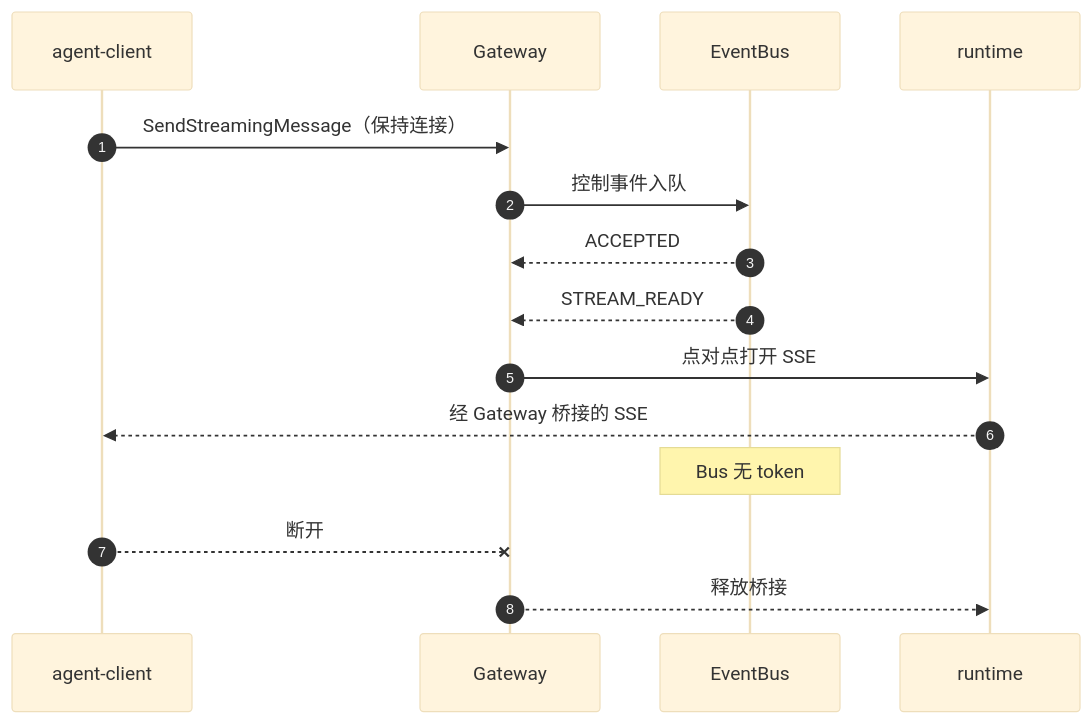
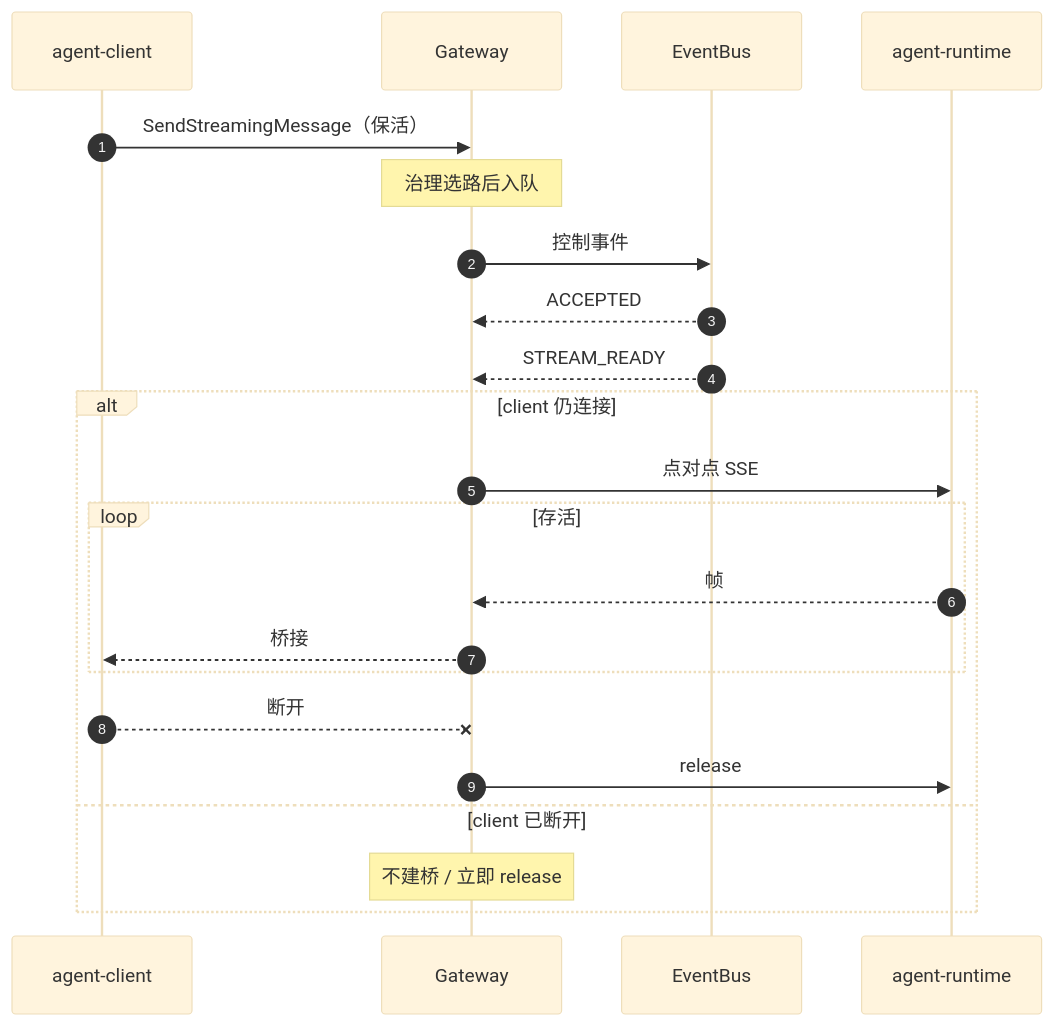
Before and after one commit to chaosxingxc-orion/spring-ai-ascend: the second of 2 diagrams in architecture/L2-Low-Level-Design/agent-gateway/feat-012-client-invocation-bus-forwarding.md, drawn with Mermaid (base theme). The commit also changed other lines of this file and 1 other file, not shown here.

First line of the commit message:
docs(gateway): add FEAT-012 L2 in FEAT-011 document style

````diff
--- a/architecture/L2-Low-Level-Design/agent-gateway/feat-012-client-invocation-bus-forwarding.md
+++ b/architecture/L2-Low-Level-Design/agent-gateway/feat-012-client-invocation-bus-forwarding.md
@@ -277,18 +481,25 @@
 ```mermaid
 sequenceDiagram
   autonumber
   participant C as agent-client
   participant GW as Gateway
   participant BUS as EventBus
-  participant RT as runtime
+  participant RT as agent-runtime
 
-  C->>GW: SendStreamingMessage（保持连接）
-  GW->>BUS: 控制事件入队
+  C->>GW: SendStreamingMessage（保活）
+  Note over GW: 治理选路后入队
+  GW->>BUS: 控制事件
   BUS-->>GW: ACCEPTED
   BUS-->>GW: STREAM_READY
-  GW->>RT: 点对点打开 SSE
-  RT-->>C: 经 Gateway 桥接的 SSE
-  Note over BUS: Bus 无 token
-  C--xGW: 断开
-  GW-->>RT: 释放桥接
+  alt client 仍连接
+    GW->>RT: 点对点 SSE
+    loop 存活
+      RT-->>GW: 帧
+      GW-->>C: 桥接
+    end
+    C--xGW: 断开
+    GW->>RT: release
+  else client 已断开
+    Note over GW: 不建桥 / 立即 release
+  end
 ```
````
